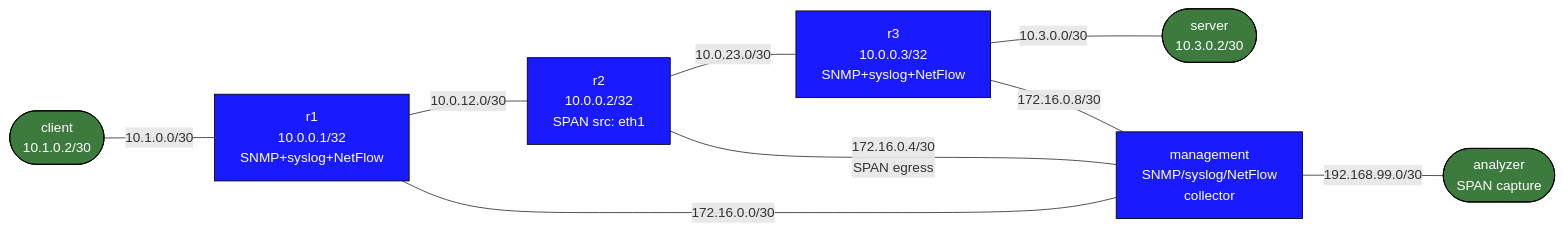
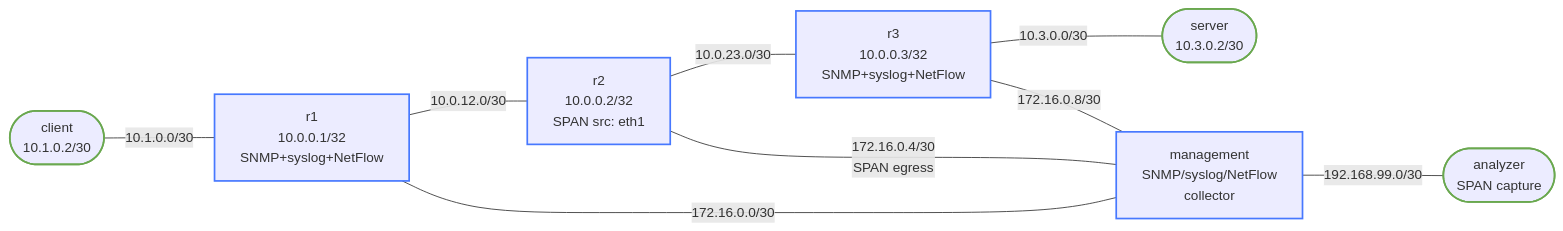
The diagram in labs/network-assurance/README.md (jschless/networkingLabs), drawn with Mermaid before and after one commit. The commit also changed 250 other files, not shown here.

Commit message:
Fix unreadable topology diagrams, convert ASCII art, publish assessments (#57)

````diff
--- a/labs/network-assurance/README.md
+++ b/labs/network-assurance/README.md
@@ -14,25 +14,25 @@
 ```mermaid
 flowchart LR
-    client(["client\n10.1.0.2/30"])
-    r1["r1\n10.0.0.1/32\nSNMP+syslog+NetFlow"]
-    r2["r2\n10.0.0.2/32\nSPAN src: eth1"]
-    r3["r3\n10.0.0.3/32\nSNMP+syslog+NetFlow"]
-    server(["server\n10.3.0.2/30"])
-    mgmt["management\nSNMP/syslog/NetFlow\ncollector"]
-    analyzer(["analyzer\nSPAN capture"])
+    client(["client<br/>10.1.0.2/30"])
+    r1["r1<br/>10.0.0.1/32<br/>SNMP+syslog+NetFlow"]
+    r2["r2<br/>10.0.0.2/32<br/>SPAN src: eth1"]
+    r3["r3<br/>10.0.0.3/32<br/>SNMP+syslog+NetFlow"]
+    server(["server<br/>10.3.0.2/30"])
+    mgmt["management<br/>SNMP/syslog/NetFlow<br/>collector"]
+    analyzer(["analyzer<br/>SPAN capture"])
 
     client -- "10.1.0.0/30" --- r1
     r1 -- "10.0.12.0/30" --- r2
     r2 -- "10.0.23.0/30" --- r3
     r3 -- "10.3.0.0/30" --- server
     r1 -- "172.16.0.0/30" --- mgmt
-    r2 -- "172.16.0.4/30\nSPAN egress" --- mgmt
+    r2 -- "172.16.0.4/30<br/>SPAN egress" --- mgmt
     r3 -- "172.16.0.8/30" --- mgmt
     mgmt -- "192.168.99.0/30" --- analyzer
 
-    classDef router fill:#1a1aff,color:#fff,stroke:#000
-    classDef host   fill:#3d7a3d,color:#fff,stroke:#000
+    classDef router stroke:#4778ff,stroke-width:2px
+    classDef host stroke:#6aa84f,stroke-width:2px
 
     class r1,r2,r3,mgmt router
     class client,server,analyzer host
 ```
````
